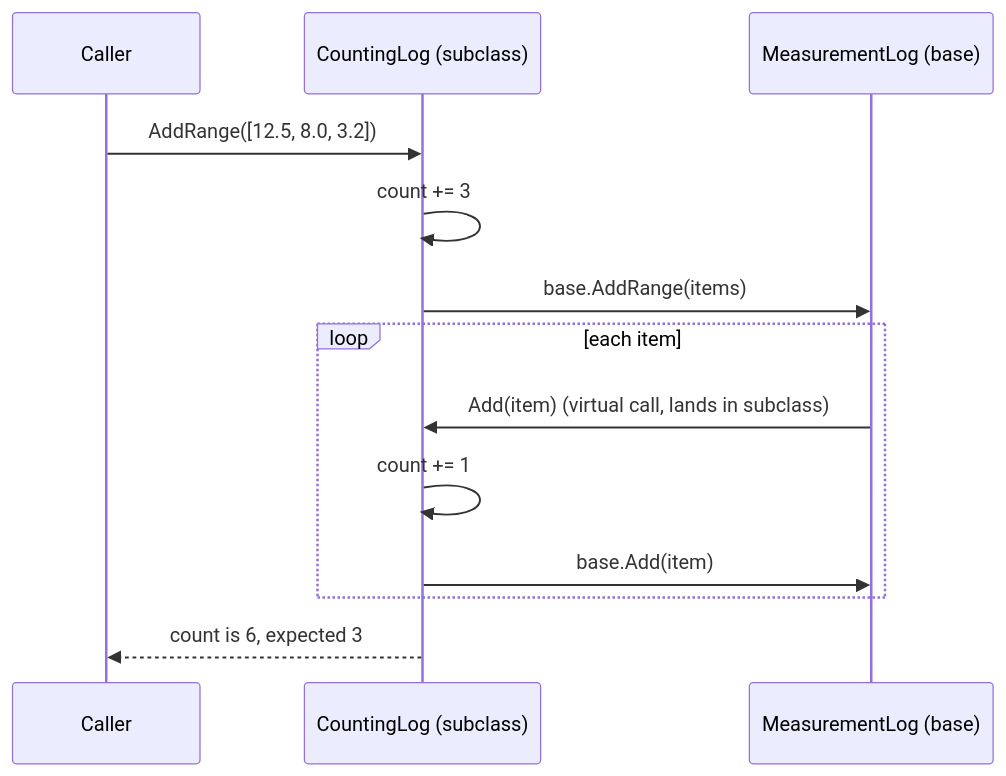
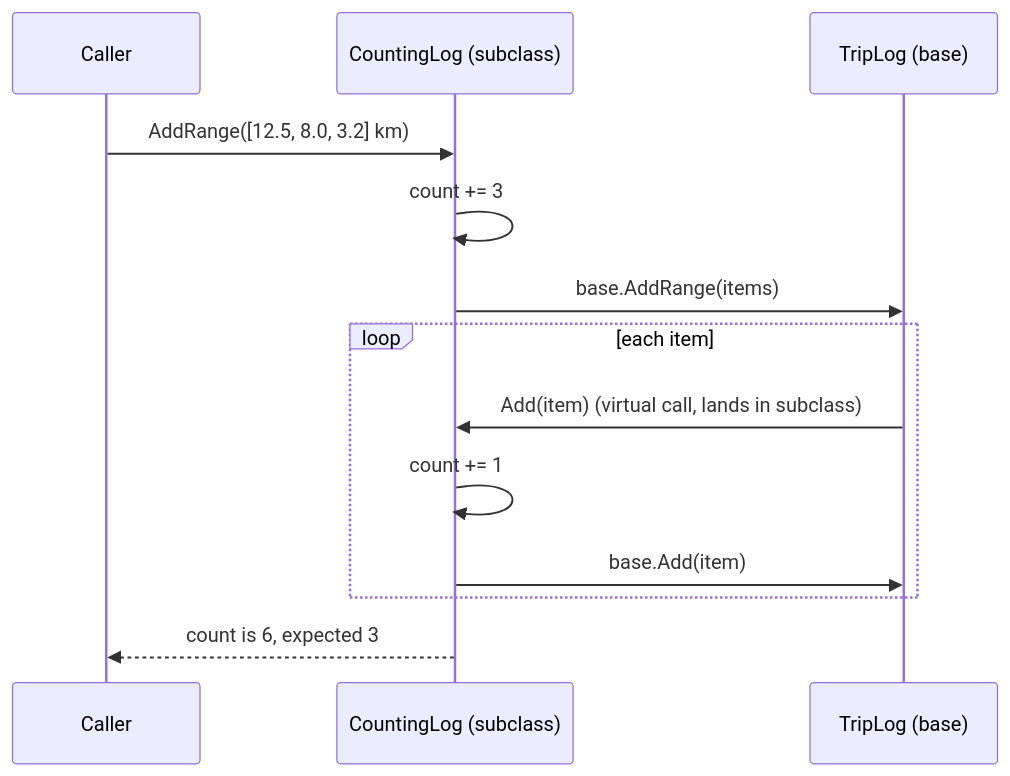
One commit to rizwi0786/system-design-lab changed the second of 4 diagrams in content/lessons/m04/m04-composition-inheritance.md. Above: the diagram before and after it, drawn with Mermaid. The commit also changed other lines of this file and 334 other files, not shown here.

````diff
--- a/content/lessons/m04/m04-composition-inheritance.md
+++ b/content/lessons/m04/m04-composition-inheritance.md
@@ -174,15 +174,15 @@
 ```mermaid
 sequenceDiagram
     participant C as Caller
     participant S as CountingLog (subclass)
-    participant B as MeasurementLog (base)
-    C->>S: AddRange([12.5, 8.0, 3.2])
+    participant B as TripLog (base)
+    C->>S: AddRange([12.5, 8.0, 3.2] km)
     S->>S: count += 3
     S->>B: base.AddRange(items)
     loop each item
         B->>S: Add(item) (virtual call, lands in subclass)
         S->>S: count += 1
         S->>B: base.Add(item)
     end
     S-->>C: count is 6, expected 3
 ```
````
